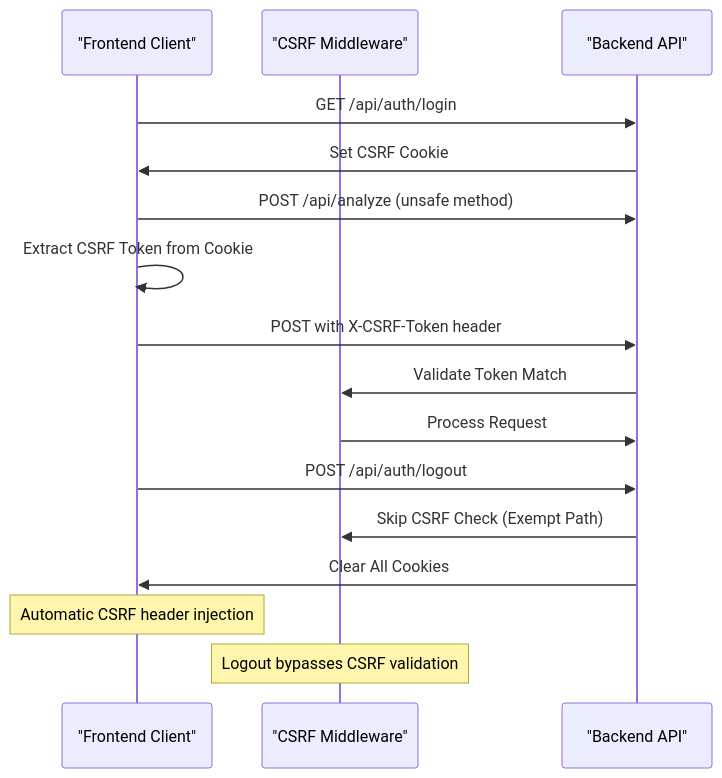
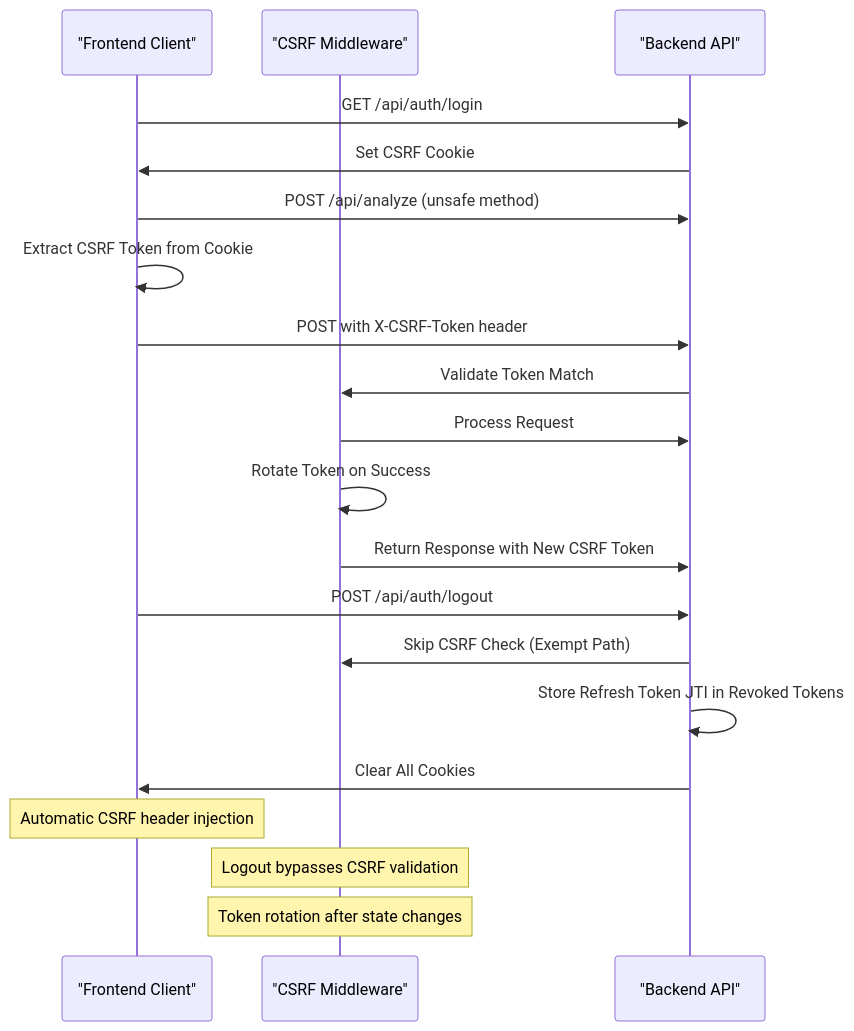
The sixth of 7 diagrams in .qoder/repowiki/en/content/Advanced Topics/Security Hardening/CSRF Protection Middleware.md (Revanththetalogics/aireume), drawn with Mermaid before and after one commit. The commit also changed other lines of this file and 33 other files, not shown here.

````diff
--- a/.qoder/repowiki/en/content/Advanced Topics/Security Hardening/CSRF Protection Middleware.md
+++ b/.qoder/repowiki/en/content/Advanced Topics/Security Hardening/CSRF Protection Middleware.md
@@ -258,18 +309,22 @@
 ```mermaid
 sequenceDiagram
 participant Frontend as "Frontend Client"
 participant CSRF as "CSRF Middleware"
 participant Backend as "Backend API"
 Frontend->>Backend : GET /api/auth/login
 Backend->>Frontend : Set CSRF Cookie
 Frontend->>Backend : POST /api/analyze (unsafe method)
 Frontend->>Frontend : Extract CSRF Token from Cookie
 Frontend->>Backend : POST with X-CSRF-Token header
 Backend->>CSRF : Validate Token Match
 CSRF->>Backend : Process Request
+CSRF->>CSRF : Rotate Token on Success
+CSRF->>Backend : Return Response with New CSRF Token
 Frontend->>Backend : POST /api/auth/logout
 Backend->>CSRF : Skip CSRF Check (Exempt Path)
+Backend->>Backend : Store Refresh Token JTI in Revoked Tokens
 Backend->>Frontend : Clear All Cookies
 Note over Frontend : Automatic CSRF header injection
 Note over CSRF : Logout bypasses CSRF validation
+Note over CSRF : Token rotation after state changes
 ```
````
